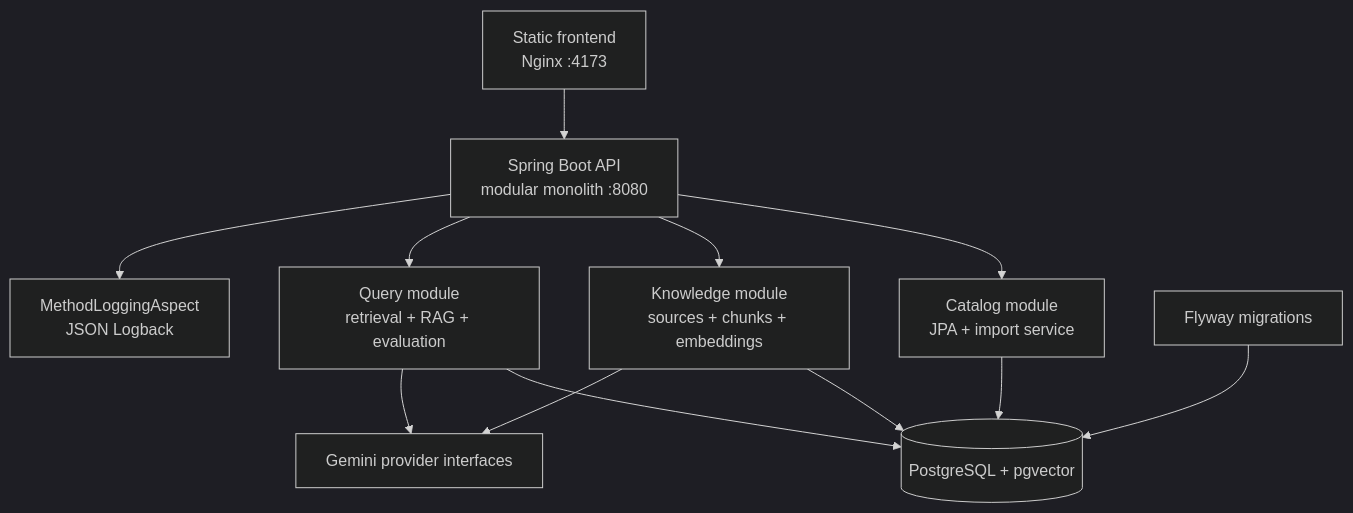
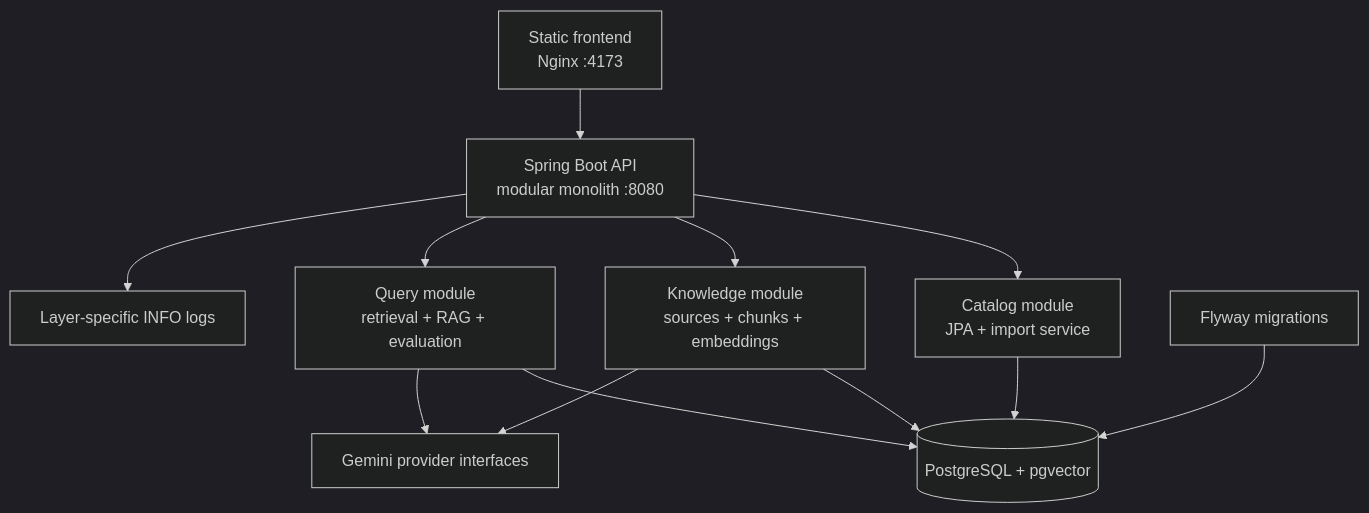
One commit to mark-sndp/music-knowledge-assistant changed the first of 2 diagrams in docs/architecture/01-overview.md. Above: the diagram before and after it, drawn with Mermaid (dark theme). The commit also changed 13 other files, not shown here.

````diff
--- a/docs/architecture/01-overview.md
+++ b/docs/architecture/01-overview.md
@@ -22,24 +22,24 @@
 ```mermaid
 flowchart TB
 	UI[Static frontend\nNginx :4173]
 	API[Spring Boot API\nmodular monolith :8080]
 	CATALOG[Catalog module\nJPA + import service]
 	KNOWLEDGE[Knowledge module\nsources + chunks + embeddings]
 	QUERY[Query module\nretrieval + RAG + evaluation]
-	LOGGING[MethodLoggingAspect\nJSON Logback]
+	LOGGING[Layer-specific INFO logs]
 	POSTGRES[(PostgreSQL + pgvector)]
 	GEMINI[Gemini provider interfaces]
 	FLYWAY[Flyway migrations]
 
 	UI --> API
 	API --> CATALOG
 	API --> KNOWLEDGE
 	API --> QUERY
 	API --> LOGGING
 	CATALOG --> POSTGRES
 	KNOWLEDGE --> POSTGRES
 	QUERY --> POSTGRES
 	KNOWLEDGE --> GEMINI
 	QUERY --> GEMINI
 	FLYWAY --> POSTGRES
 ```
````
